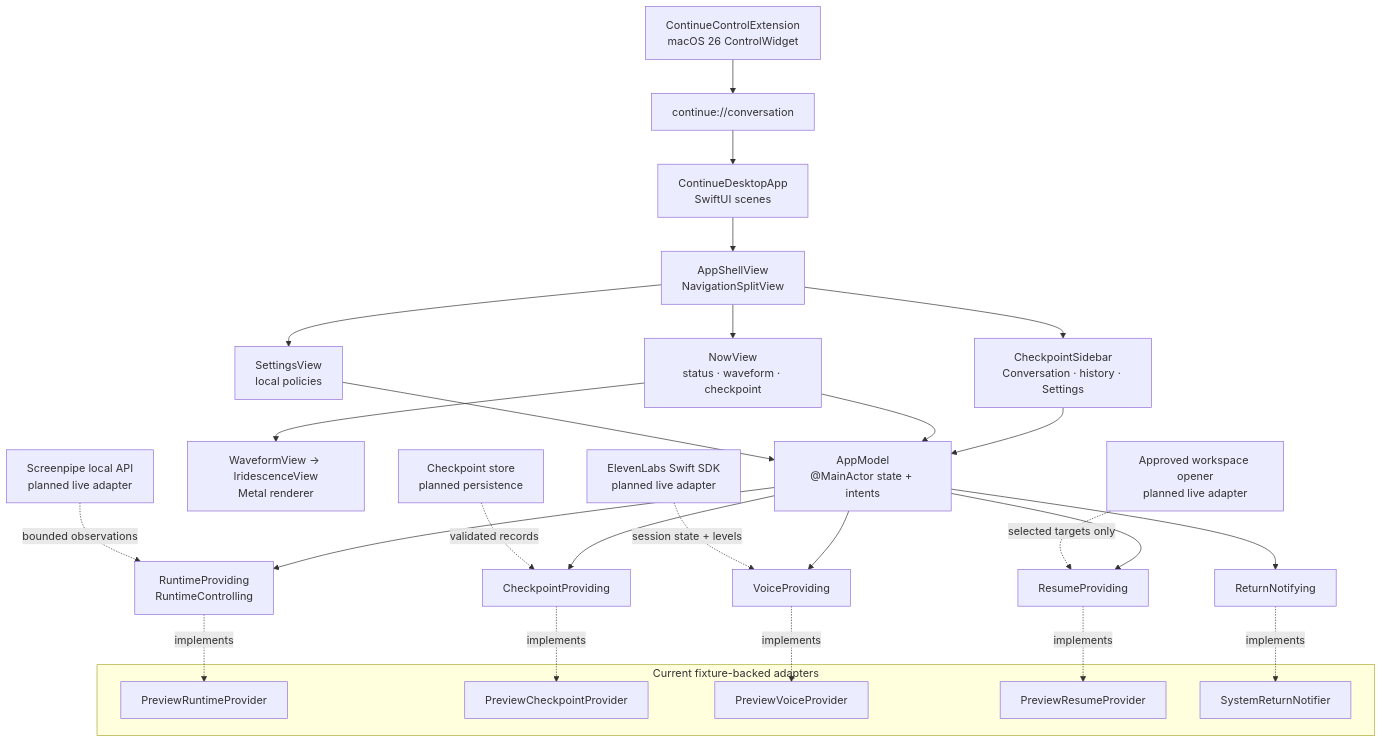
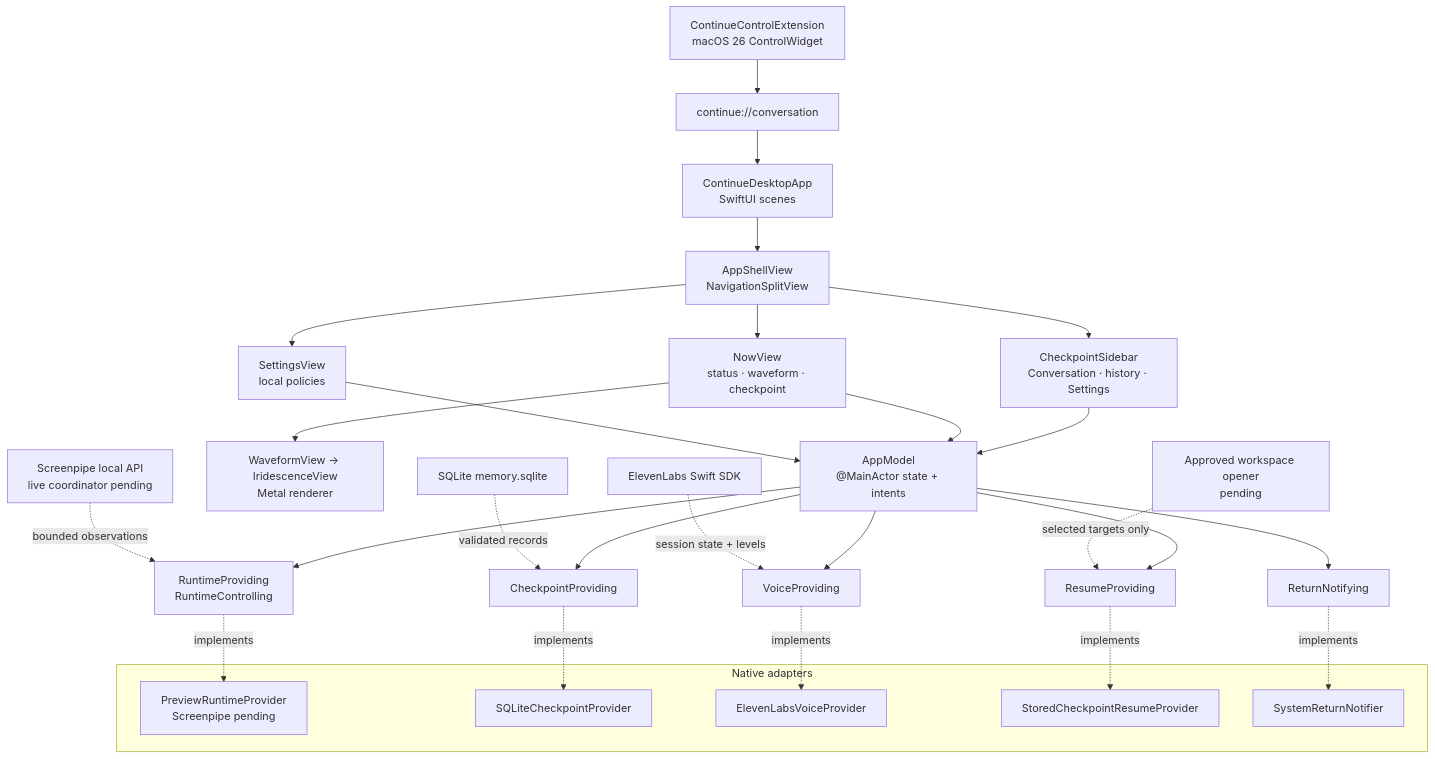
The diagram in README.md (Johnnti/continue.ai), drawn with Mermaid before and after one commit. The commit also changed other lines of this file and 19 other files, not shown here.

First line of the commit message:
feat(macos): connect SQLite checkpoints and ElevenLabs voice

````diff
--- a/README.md
+++ b/README.md
@@ -152,39 +178,39 @@
 ```mermaid
 flowchart TD
     App["ContinueDesktopApp<br/>SwiftUI scenes"] --> Shell["AppShellView<br/>NavigationSplitView"]
     Control["ContinueControlExtension<br/>macOS 26 ControlWidget"] --> URL["continue://conversation"]
     URL --> App
     Shell --> Sidebar["CheckpointSidebar<br/>Conversation · history · Settings"]
     Shell --> Now["NowView<br/>status · waveform · checkpoint"]
     Shell --> Settings["SettingsView<br/>local policies"]
 
     Sidebar --> Model["AppModel<br/>@MainActor state + intents"]
     Now --> Model
     Settings --> Model
     Now --> Orb["WaveformView → IridescenceView<br/>Metal renderer"]
 
     Model --> Runtime["RuntimeProviding<br/>RuntimeControlling"]
     Model --> Checkpoints["CheckpointProviding"]
     Model --> Voice["VoiceProviding"]
     Model --> Resume["ResumeProviding"]
     Model --> Notify["ReturnNotifying"]
 
-    subgraph Preview["Current fixture-backed adapters"]
-        PreviewRuntime["PreviewRuntimeProvider"]
-        PreviewCheckpoints["PreviewCheckpointProvider"]
-        PreviewVoice["PreviewVoiceProvider"]
-        PreviewResume["PreviewResumeProvider"]
+    subgraph Adapters["Native adapters"]
+        PreviewRuntime["PreviewRuntimeProvider<br/>Screenpipe pending"]
+        SQLiteCheckpoints["SQLiteCheckpointProvider"]
+        ElevenLabsVoice["ElevenLabsVoiceProvider"]
+        StoredResume["StoredCheckpointResumeProvider"]
         SystemNotify["SystemReturnNotifier"]
     end
 
     Runtime -. implements .-> PreviewRuntime
-    Checkpoints -. implements .-> PreviewCheckpoints
-    Voice -. implements .-> PreviewVoice
-    Resume -. implements .-> PreviewResume
+    Checkpoints -. implements .-> SQLiteCheckpoints
+    Voice -. implements .-> ElevenLabsVoice
+    Resume -. implements .-> StoredResume
     Notify -. implements .-> SystemNotify
 
-    Screenpipe["Screenpipe local API<br/>planned live adapter"] -. bounded observations .-> Runtime
-    Store["Checkpoint store<br/>planned persistence"] -. validated records .-> Checkpoints
-    VoiceSDK["ElevenLabs Swift SDK<br/>planned live adapter"] -. session state + levels .-> Voice
-    Workspace["Approved workspace opener<br/>planned live adapter"] -. selected targets only .-> Resume
+    Screenpipe["Screenpipe local API<br/>live coordinator pending"] -. bounded observations .-> Runtime
+    Store["SQLite memory.sqlite"] -. validated records .-> Checkpoints
+    VoiceSDK["ElevenLabs Swift SDK"] -. session state + levels .-> Voice
+    Workspace["Approved workspace opener<br/>pending"] -. selected targets only .-> Resume
 ```
````
